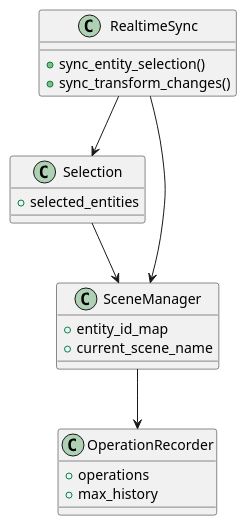
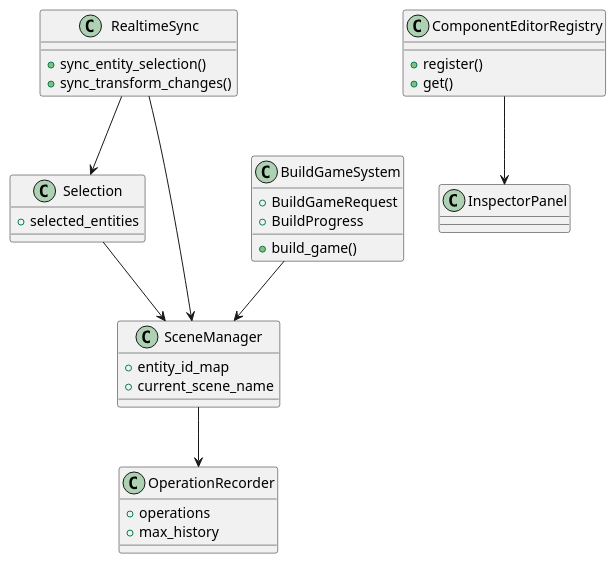
Before and after one commit to rhsmz/adbxEngine: the second of 3 diagrams in docs/architecture/component-diagram.md, drawn with PlantUML. The commit also changed other lines of this file and 11 other files, not shown here.

Commit message:
Update documentation: READMEとアーキテクチャ図を、サードパーティライセンス、リソース初期化フロー、既知の問題に関する新規セクションを含む詳細情報で充実させる。ビルド設定とトラブルシューティングのヒントでユーザーガイドを改善すると同時に、エディタ機能とコンポーネントエディタの説明を明確化・完全化するため精緻化する。

````diff
--- a/docs/architecture/component-diagram.md
+++ b/docs/architecture/component-diagram.md
@@ -43,27 +58,40 @@
-```plantuml
+```kroki-plantuml
 @startuml
 class Selection {
     + selected_entities
 }
 
 class SceneManager {
     + entity_id_map
     + current_scene_name
 }
 
 class OperationRecorder {
     + operations
     + max_history
 }
 
 class RealtimeSync {
     + sync_entity_selection()
     + sync_transform_changes()
 }
 
+class BuildGameSystem {
+    + build_game()
+    + BuildGameRequest
+    + BuildProgress
+}
+
+class ComponentEditorRegistry {
+    + register()
+    + get()
+}
+
 Selection --> SceneManager
 SceneManager --> OperationRecorder
 RealtimeSync --> Selection
 RealtimeSync --> SceneManager
+BuildGameSystem --> SceneManager
+ComponentEditorRegistry --> InspectorPanel
 @enduml
 ```
````
